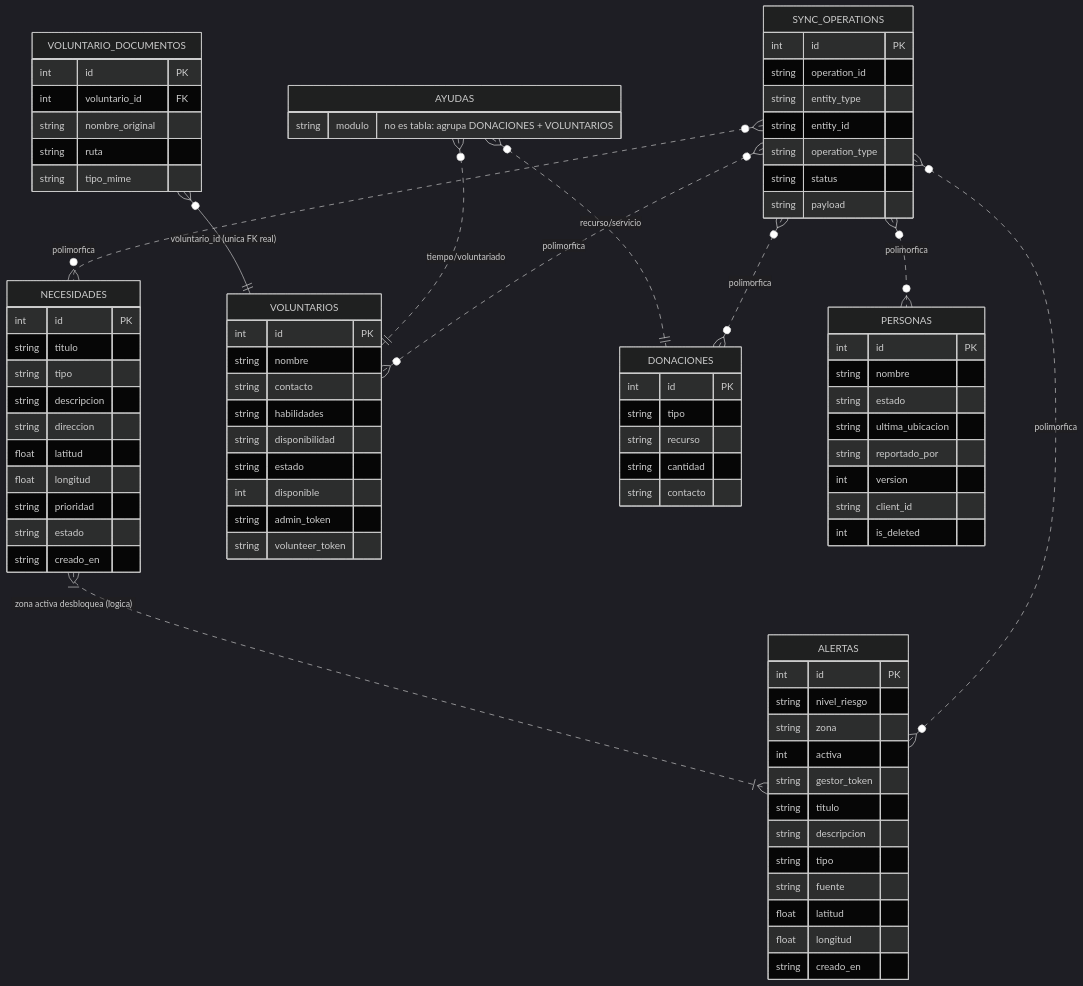
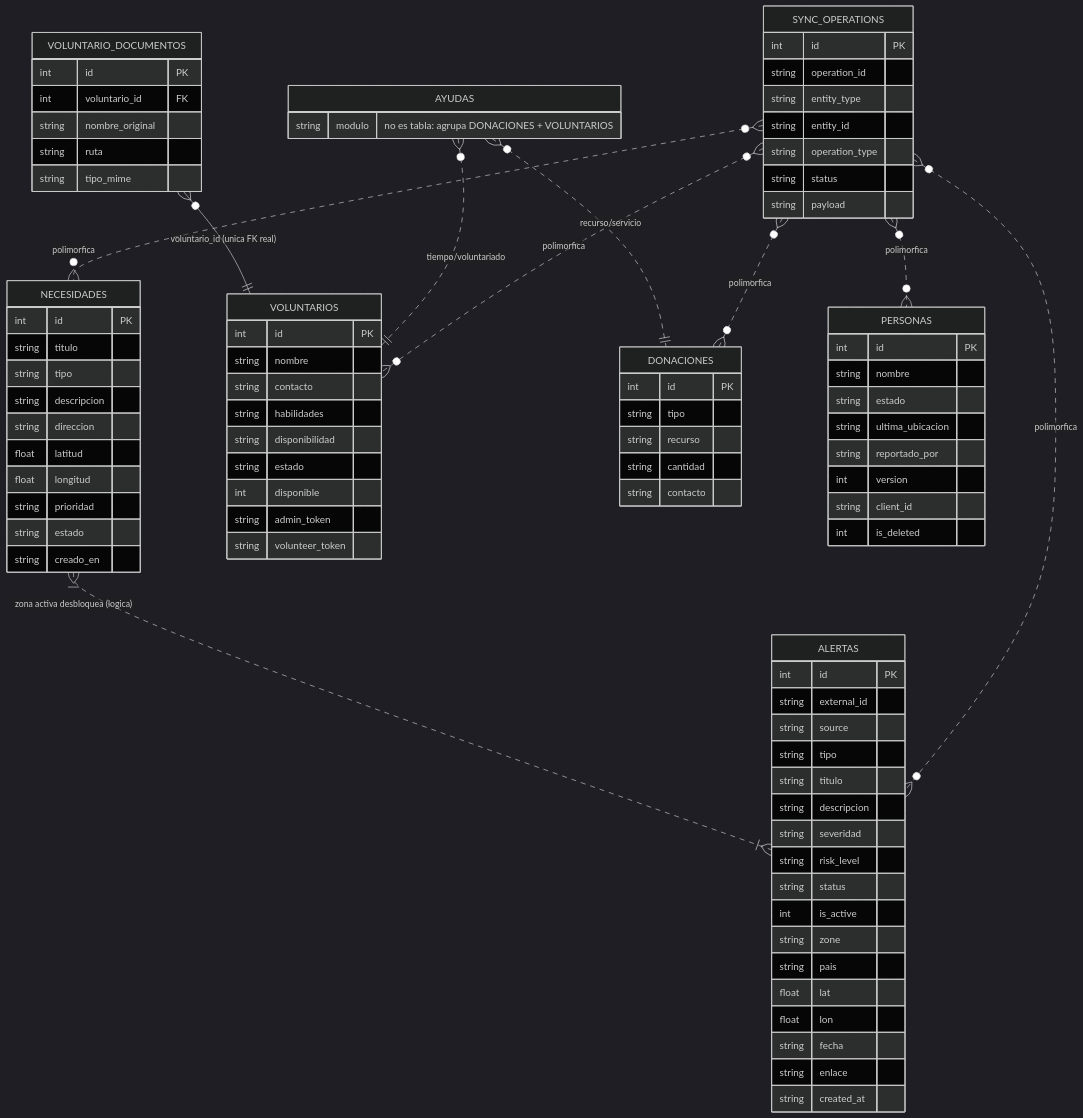
One commit to garciaguadalupevanessa-bit/Anexo_Risk changed the diagram in docs/modelo-entidad-relacion.md. Above: the diagram before and after it, drawn with Mermaid (dark theme). The commit also changed other lines of this file and 6 other files, not shown here.

```diff
--- a/docs/modelo-entidad-relacion.md
+++ b/docs/modelo-entidad-relacion.md
@@ -124,17 +128,22 @@
     }
     ALERTAS {
         int id PK
-        string nivel_riesgo
-        string zona
-        int activa
-        string gestor_token
+        string external_id
+        string source
+        string tipo
         string titulo
         string descripcion
-        string tipo
-        string fuente
-        float latitud
-        float longitud
-        string creado_en
+        string severidad
+        string risk_level
+        string status
+        int is_active
+        string zone
+        string pais
+        float lat
+        float lon
+        string fecha
+        string enlace
+        string created_at
     }
     PERSONAS {
         int id PK
```
